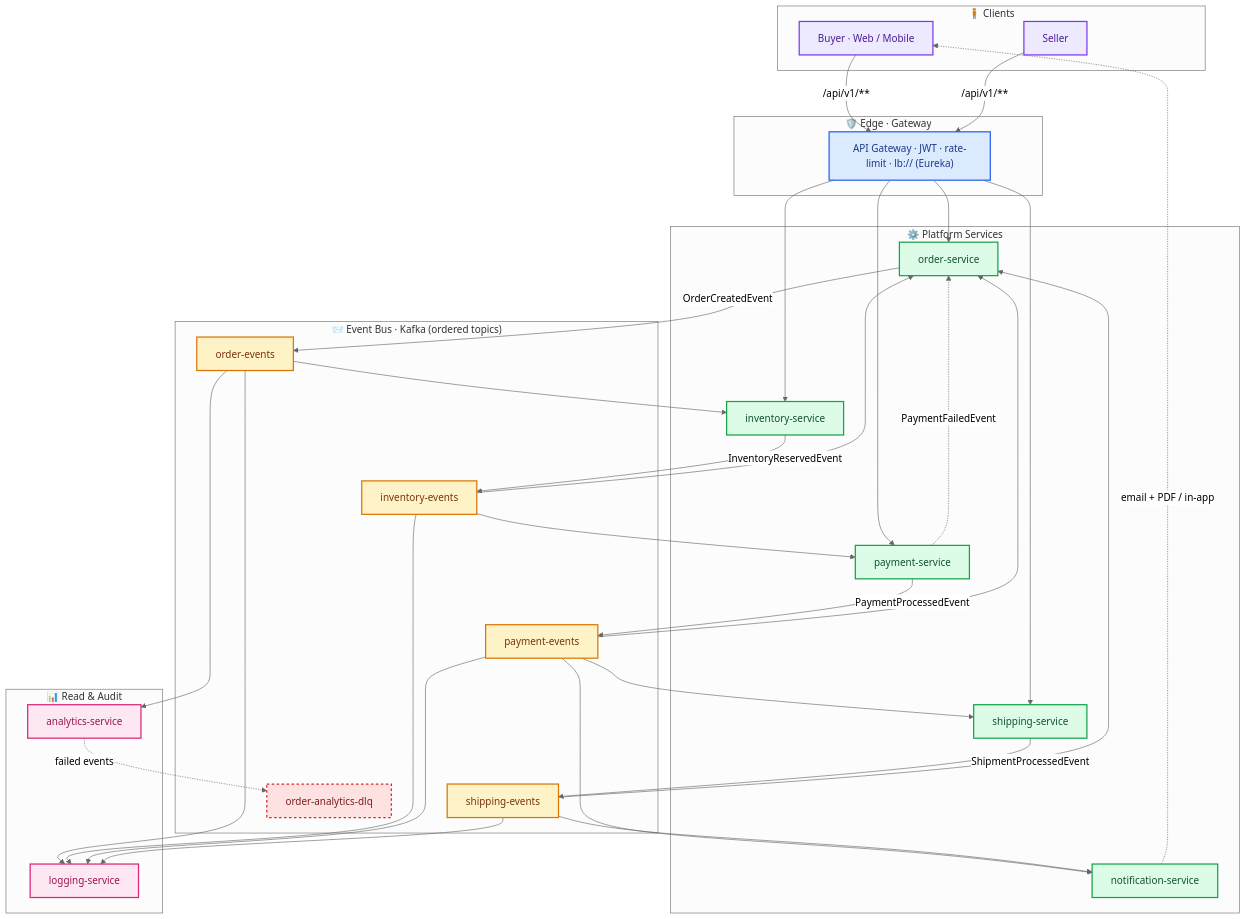
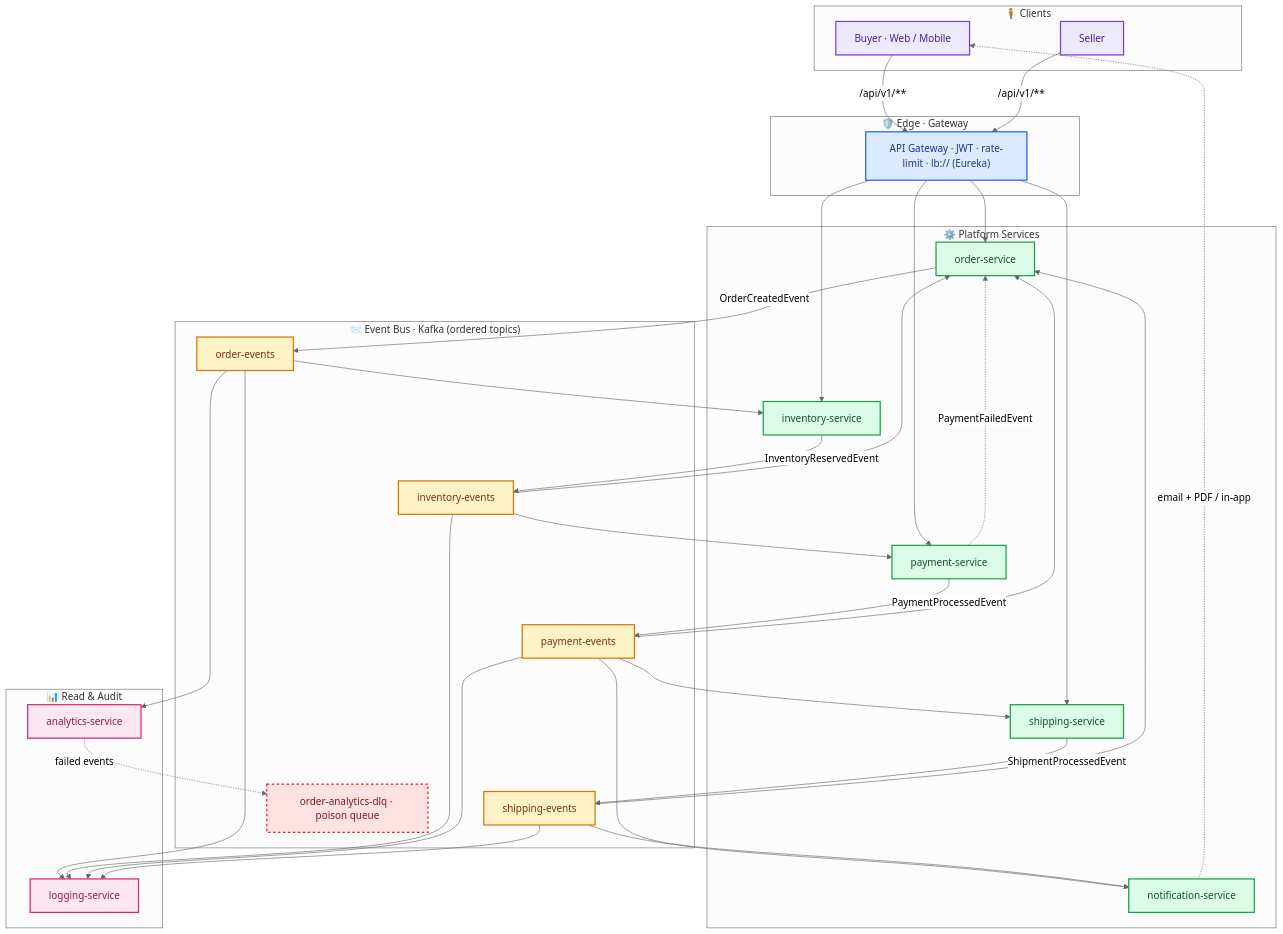
One commit to zexxitywave/EventDrivenMesh changed the second of 3 diagrams in README.md. Above: the diagram before and after it, drawn with Mermaid (neutral theme).

Commit message:
docs(readme): label DLQ node as poison queue in diagram

````diff
--- a/README.md
+++ b/README.md
@@ -209,67 +209,67 @@
 ```mermaid
 flowchart TB
 
     subgraph CLIENTS["🧍 Clients"]
         BUYER["Buyer · Web / Mobile"]
         SELLER["Seller"]
     end
 
     subgraph EDGE["🛡️ Edge · Gateway"]
         GW["API Gateway · JWT · rate-limit · lb:// (Eureka)"]
     end
 
     subgraph SVC["⚙️ Platform Services"]
         ORD["order-service"]
         INV["inventory-service"]
         PAY["payment-service"]
         SHP["shipping-service"]
         NOT["notification-service"]
     end
 
     subgraph BUS["📨 Event Bus · Kafka (ordered topics)"]
         OE["order-events"]
         IE["inventory-events"]
         PE["payment-events"]
         SE["shipping-events"]
-        DLQ["order-analytics-dlq"]
+        DLQ["order-analytics-dlq · poison queue"]
     end
 
     subgraph OBS["📊 Read & Audit"]
         ANS["analytics-service"]
         LGS["logging-service"]
     end
 
     BUYER -- /api/v1/** --> GW
     SELLER -- /api/v1/** --> GW
     GW --> ORD & INV & PAY & SHP
 
     ORD -- OrderCreatedEvent --> OE
     OE --> INV & ANS & LGS
 
     INV -- InventoryReservedEvent --> IE
     IE --> ORD & PAY & LGS
 
     PAY -- PaymentProcessedEvent --> PE
     PE --> ORD & SHP & NOT & LGS
 
     SHP -- ShipmentProcessedEvent --> SE
     SE --> ORD & NOT & LGS
 
     PAY -. PaymentFailedEvent .-> ORD
     NOT -. email + PDF / in-app .-> BUYER
     ANS -. failed events .-> DLQ
 
     classDef client fill:#ede9fe,stroke:#7c3aed,color:#4c1d95,stroke-width:2px;
     classDef edge  fill:#dbeafe,stroke:#2563eb,color:#1e3a8a,stroke-width:2px;
     classDef svc   fill:#dcfce7,stroke:#16a34a,color:#14532d,stroke-width:2px;
     classDef bus   fill:#fef3c7,stroke:#d97706,color:#78350f,stroke-width:2px;
     classDef obs   fill:#fce7f3,stroke:#db2777,color:#9d174d,stroke-width:2px;
     classDef dlq   fill:#fee2e2,stroke:#dc2626,color:#7f1d1d,stroke-width:2px,stroke-dasharray:4;
 
     class BUYER,SELLER client;
     class GW edge;
     class ORD,INV,PAY,SHP,NOT svc;
     class OE,IE,PE,SE bus;
     class ANS,LGS obs;
     class DLQ dlq;
 ```
````
